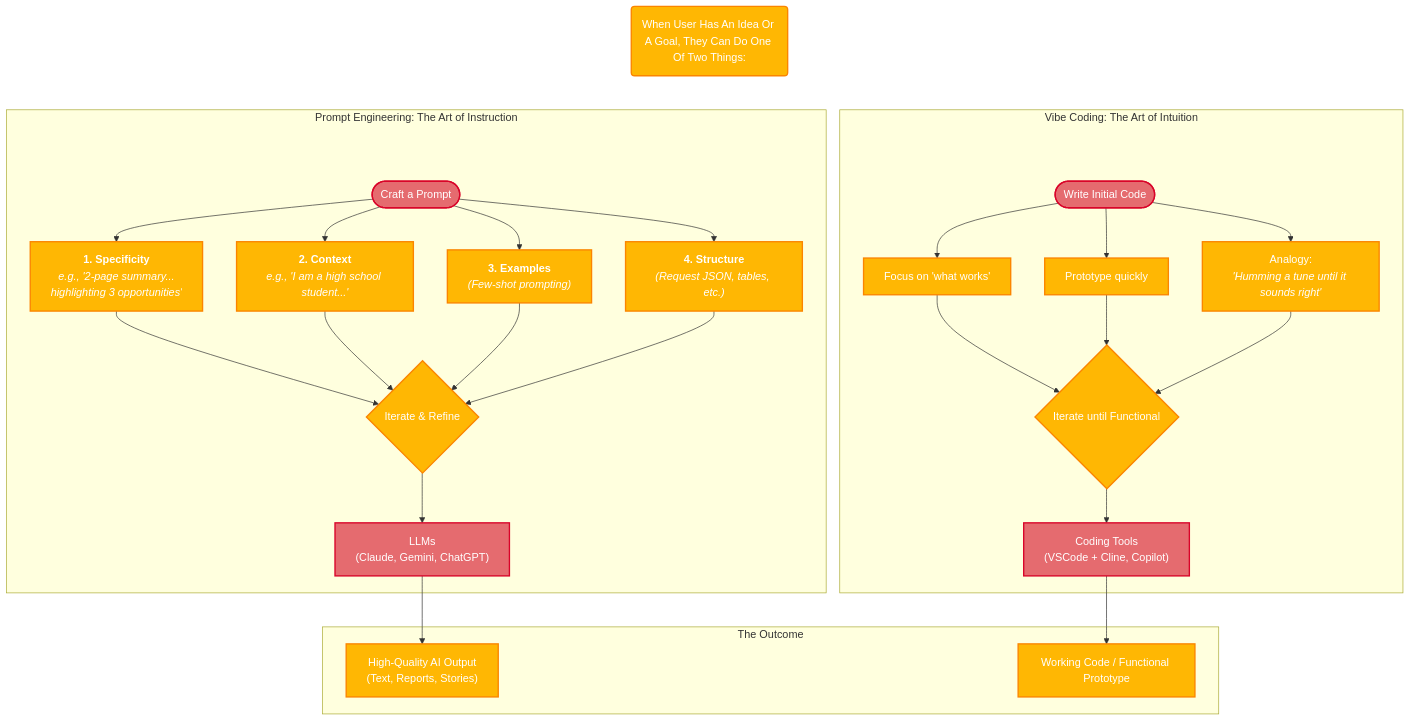
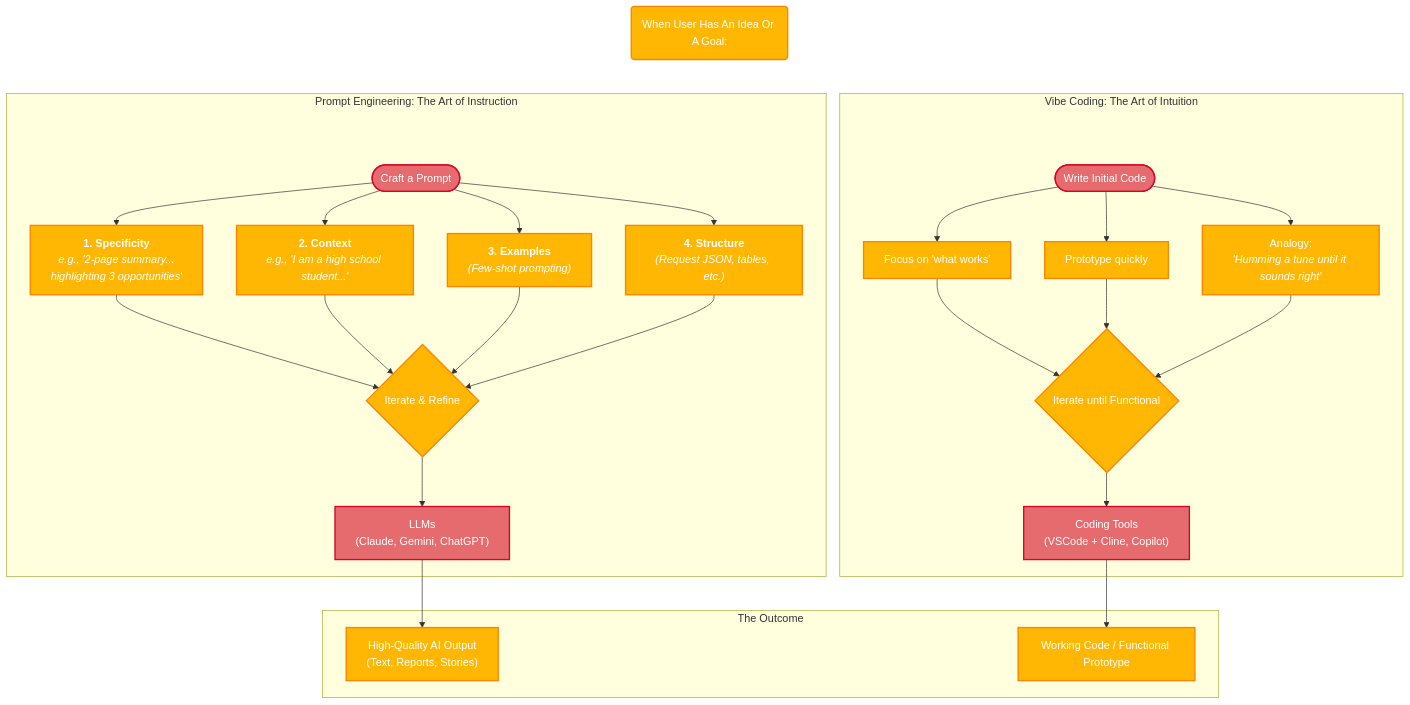
Before and after one commit to anvita-kar-git/Anvita-Kar-KEYS-2025: the diagram in docs/promptengineering.md, drawn with Mermaid.

````diff
--- a/docs/promptengineering.md
+++ b/docs/promptengineering.md
@@ -28,65 +28,65 @@
 ```mermaid
       graph TD
     %% --- Style Definitions ---
     classDef redTheme fill:#E56B6F,stroke:#D90429,stroke-width:2px,color:#fff
     classDef orangeTheme fill:#FFB703,stroke:#FB8500,stroke-width:2px,color:#fff
     %% ADDED: Style for the invisible spacer nodes
     classDef spacerTheme fill:transparent,stroke:transparent,stroke-width:0px
 
     %% --- Chart Structure ---
-    A(When User Has An Idea Or A Goal, They Can Do One Of Two Things:)
+    A(When User Has An Idea Or A Goal:)
 
     subgraph "Prompt Engineering: The Art of Instruction"
         %% ADDED: Invisible spacer node for top padding
         PE_Spacer( )
         B(["Craft a Prompt"])
         C1["<b>1. Specificity</b><br/><i>e.g., '2-page summary...<br/>highlighting 3 opportunities'</i>"]
         C2["<b>2. Context</b><br/><i>e.g., 'I am a high school student...'</i>"]
         C3["<b>3. Examples</b><br/><i>(Few-shot prompting)</i>"]
         C4["<b>4. Structure</b><br/><i>(Request JSON, tables, etc.)</i>"]
         D{Iterate & Refine}
         E["LLMs<br/>(Claude, Gemini, ChatGPT)<br/> "]
     end
 
     subgraph "Vibe Coding: The Art of Intuition"
         %% ADDED: Invisible spacer node for top padding
         VC_Spacer( )
         F(["Write Initial Code"])
         G["Focus on 'what works'"]
         H["Prototype quickly"]
         I["Analogy:<br/><i>'Humming a tune until it sounds right'</i>"]
         J{Iterate until Functional}
         K["Coding Tools<br/>(VSCode + Cline, Copilot)<br/> "]
     end
 
     subgraph "The Outcome"
         L["High-Quality AI Output<br/>(Text, Reports, Stories)<br/> "]
         M["Working Code / Functional Prototype<br/> "]
     end
 
     %% --- Flow Logic ---
     %% CHANGED: Point initial flow to the new spacers
     A ~~~ PE_Spacer & VC_Spacer
     
     %% ADDED: Connect spacers to first nodes with invisible links
     PE_Spacer ~~~ B
     VC_Spacer ~~~ F
     
     %% The rest of the flow remains the same
     B --> C1 & C2 & C3 & C4
     C1 & C2 & C3 & C4 --> D
     D --> E
     
     F --> G & H & I
     G & H & I --> J
     J --> K
     
     E --> L
     K --> M
 
     %% --- Apply Node Styles ---
     class B,F,E,K redTheme
     class A,C1,C2,C3,C4,G,H,I,D,J,L,M orangeTheme
     %% ADDED: Apply the spacer style to the new nodes
     class PE_Spacer,VC_Spacer spacerTheme
 ```
````
